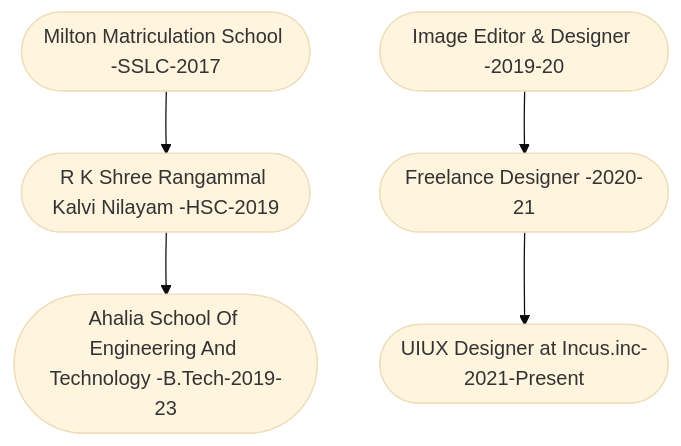
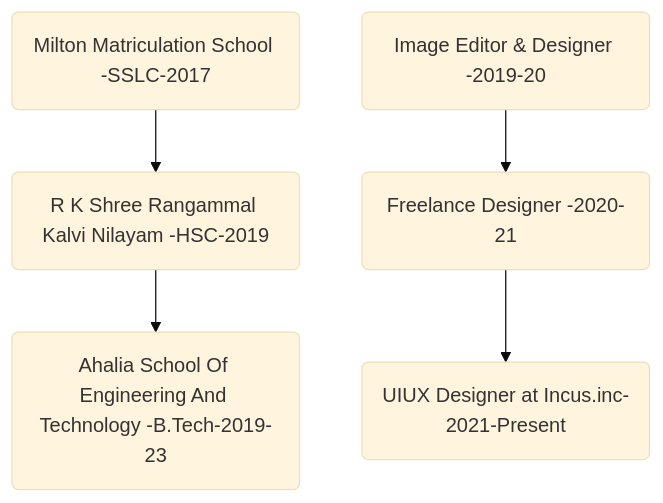
Before and after one commit to hariprasd/hariprasd: the diagram in README.md, drawn with Mermaid (base theme).

````diff
--- a/README.md
+++ b/README.md
@@ -33,7 +33,7 @@
 ```mermaid
 graph TD;
-    A([Milton Matriculation School -SSLC-2017])-->B([R K Shree Rangammal Kalvi Nilayam -HSC-2019]);
-    B([R K Shree Rangammal Kalvi Nilayam -HSC-2019])-->C([Ahalia School Of Engineering And Technology -B.Tech-2019-23]);
-    D([Image Editor & Designer -2019-20])-->E([Freelance Designer -2020-21]);
-    E([Freelance Designer -2020-21])-->F([UIUX Designer at Incus.inc-2021-Present]);
+    A(Milton Matriculation School -SSLC-2017)-->B(R K Shree Rangammal Kalvi Nilayam -HSC-2019);
+    B(R K Shree Rangammal Kalvi Nilayam -HSC-2019)-->C(Ahalia School Of Engineering And Technology -B.Tech-2019-23);
+    D(Image Editor & Designer -2019-20)-->E(Freelance Designer -2020-21);
+    E(Freelance Designer -2020-21)-->F(UIUX Designer at Incus.inc-2021-Present);
 ```
````
